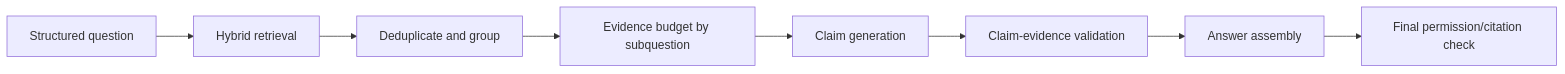
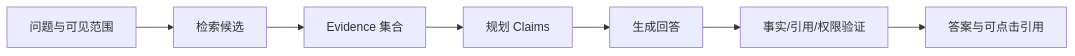
One commit to upJiang/jiang-blog-vitepress changed the diagram in docs/architecture/evidence-driven-systems.md. Above: the diagram before and after it, drawn with Mermaid. The commit also changed other lines of this file and 164 other files, not shown here.

````diff
--- a/docs/architecture/evidence-driven-systems.md
+++ b/docs/architecture/evidence-driven-systems.md
@@ -107,10 +26,9 @@
 ```mermaid
 flowchart LR
-  Q[Structured question] --> H[Hybrid retrieval]
-  H --> D[Deduplicate and group]
-  D --> B[Evidence budget by subquestion]
-  B --> G[Claim generation]
-  G --> V[Claim-evidence validation]
-  V --> A[Answer assembly]
-  A --> P[Final permission/citation check]
+  Q[问题与可见范围] --> R[检索候选]
+  R --> E[Evidence 集合]
+  E --> C[规划 Claims]
+  C --> A[生成回答]
+  A --> V[事实/引用/权限验证]
+  V --> O[答案与可点击引用]
 ```
````
